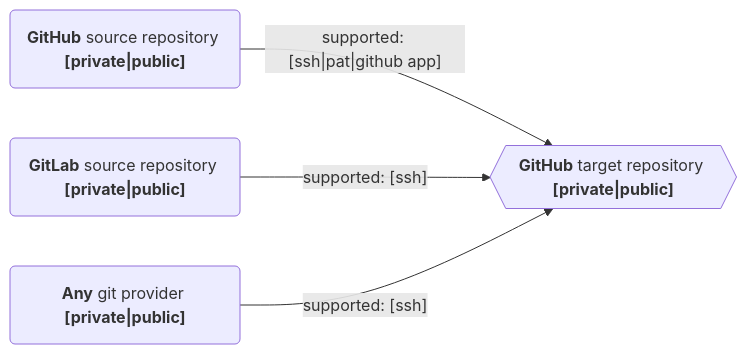
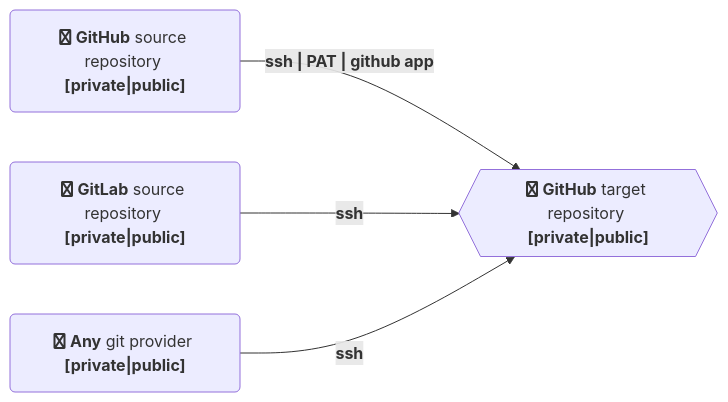
Before and after one commit to AndreasAugustin/actions-template-sync: the diagram in README.md, drawn with Mermaid. The commit also changed other lines of this file and 2 other files, not shown here.

Commit message:
doc: :memo: enhance documentation (#226)

````diff
--- a/README.md
+++ b/README.md
@@ -37,10 +42,10 @@
 ```mermaid
 flowchart LR
-    github_source("<b>GitHub</b> source repository <b>[private|public]</b>")
-    gitlab_source("<b>GitLab</b> source repository <b>[private|public]</b>")
-    any_source("<b>Any</b> git provider <b>[private|public]</b>")
-    github_target{{"<b>GitHub</b> target repository <b>[private|public]</b>"}}
-    github_source --> |"supported: [ssh|pat|github app]"| github_target
-    gitlab_source --> |"supported: [ssh]"| github_target
-    any_source --> |"supported: [ssh]"| github_target
+    github_source("fa:fa-github <b>GitHub</b> source repository <b>[private|public]</b>")
+    gitlab_source("fa:fa-gitlab <b>GitLab</b> source repository <b>[private|public]</b>")
+    any_source("fa:fa-git <b>Any</b> git provider <b>[private|public]</b>")
+    github_target{{"fa:fa-github <b>GitHub</b> target repository <b>[private|public]</b>"}}
+    github_source --> |"<b>ssh | PAT | github app</b>"| github_target
+    gitlab_source --> |"<b>ssh</b>"| github_target
+    any_source --> |"<b>ssh</b>"| github_target
 ```
````
